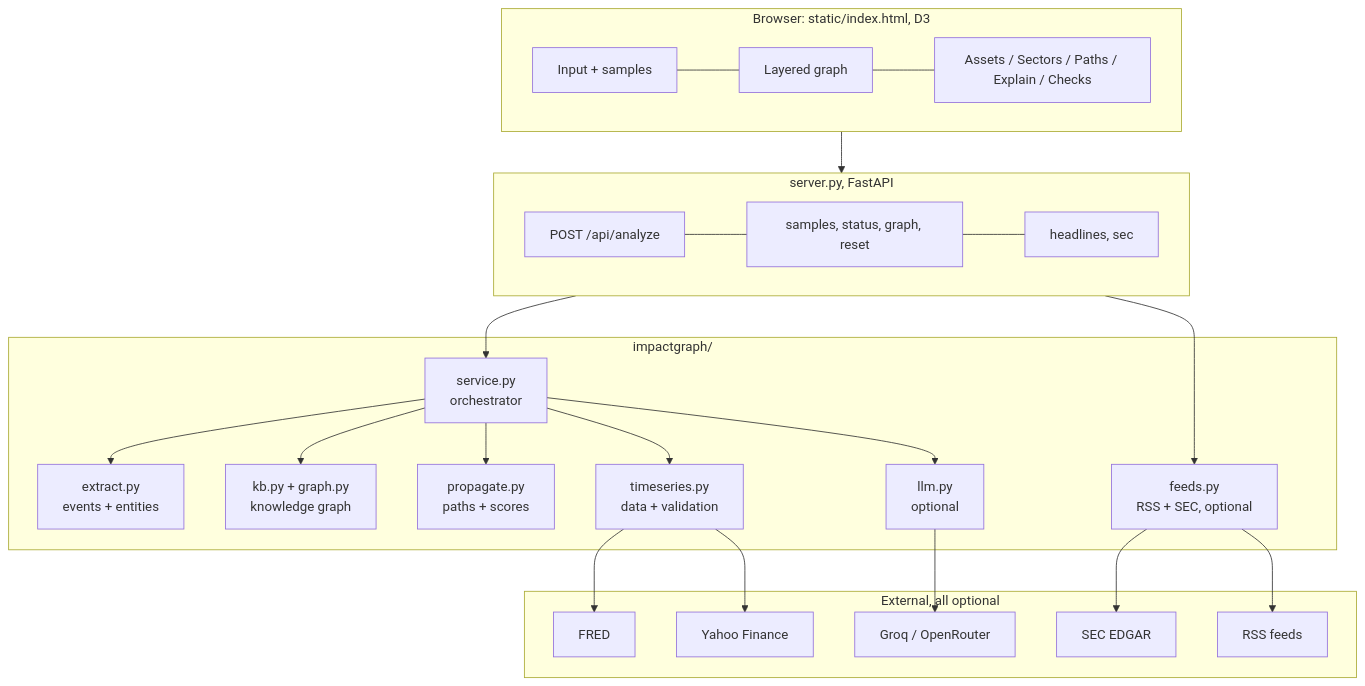
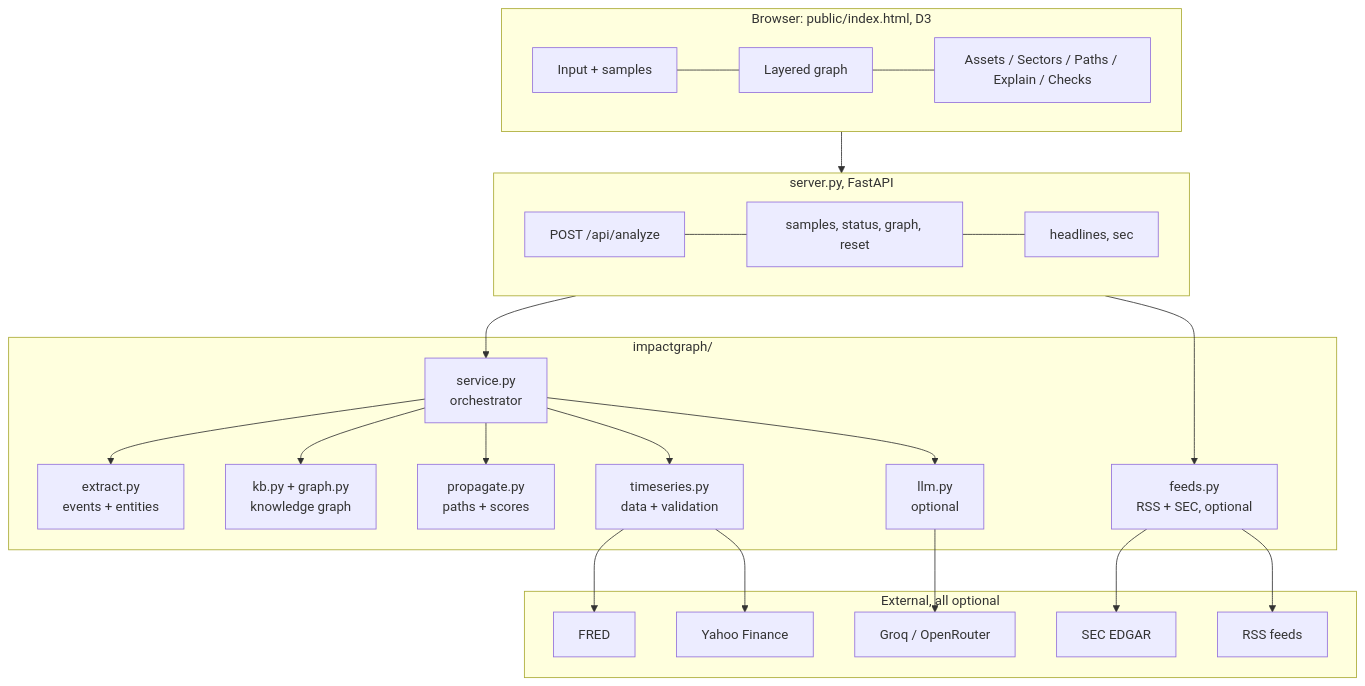
The second of 3 diagrams in IDEA.md (siddhi070306/Siddhi-Bhosale), drawn with Mermaid before and after one commit. The commit also changed other lines of this file and 40 other files, not shown here.

````diff
--- a/IDEA.md
+++ b/IDEA.md
@@ -81,37 +81,37 @@
 ```mermaid
 flowchart TB
-    subgraph UI["Browser: static/index.html, D3"]
+    subgraph UI["Browser: public/index.html, D3"]
         U1[Input + samples] --- U2[Layered graph] --- U3[Assets / Sectors / Paths / Explain / Checks]
     end
     subgraph API["server.py, FastAPI"]
         A1["POST /api/analyze"] --- A2["samples, status, graph, reset"] --- A3["headlines, sec"]
     end
     subgraph CORE["impactgraph/"]
         S[service.py<br/>orchestrator]
         X[extract.py<br/>events + entities]
         K[kb.py + graph.py<br/>knowledge graph]
         P[propagate.py<br/>paths + scores]
         T[timeseries.py<br/>data + validation]
         L[llm.py<br/>optional]
         F[feeds.py<br/>RSS + SEC, optional]
     end
     subgraph EXT["External, all optional"]
         FRED[FRED]
         YF[Yahoo Finance]
         LLM[Groq / OpenRouter]
         SEC[SEC EDGAR]
         RSS[RSS feeds]
     end
     UI --> API --> S
     S --> X
     S --> K
     S --> P
     S --> T
     S --> L
     API --> F
     T --> FRED
     T --> YF
     L --> LLM
     F --> SEC
     F --> RSS
 ```
````
